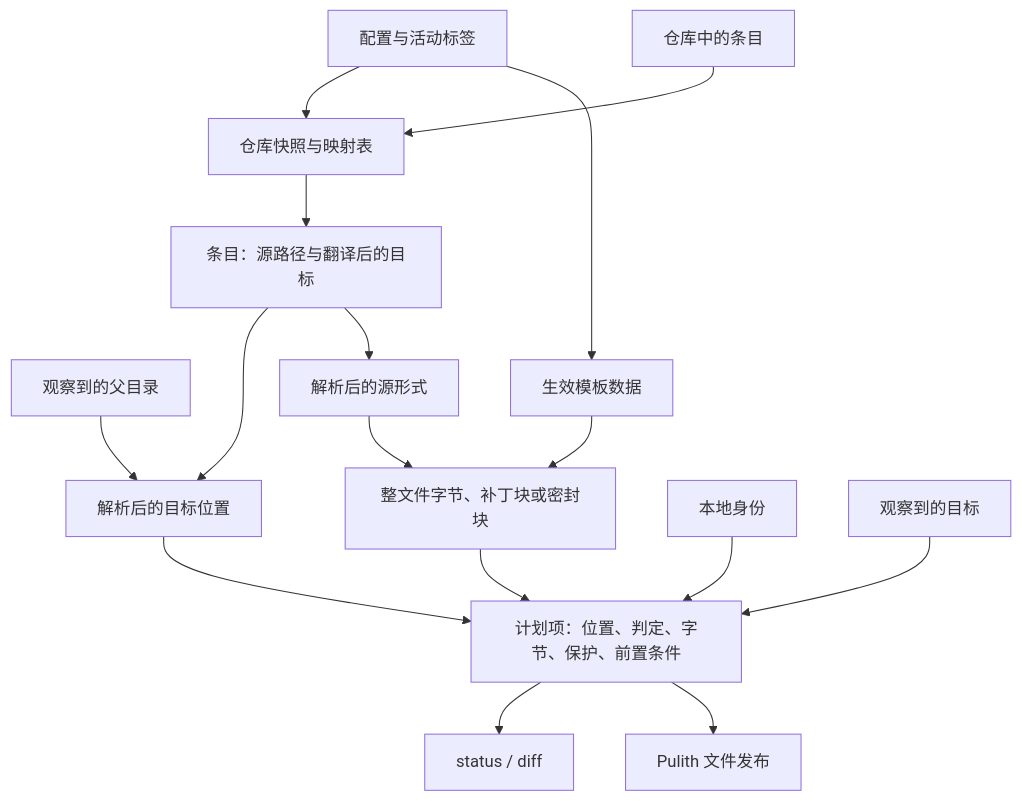
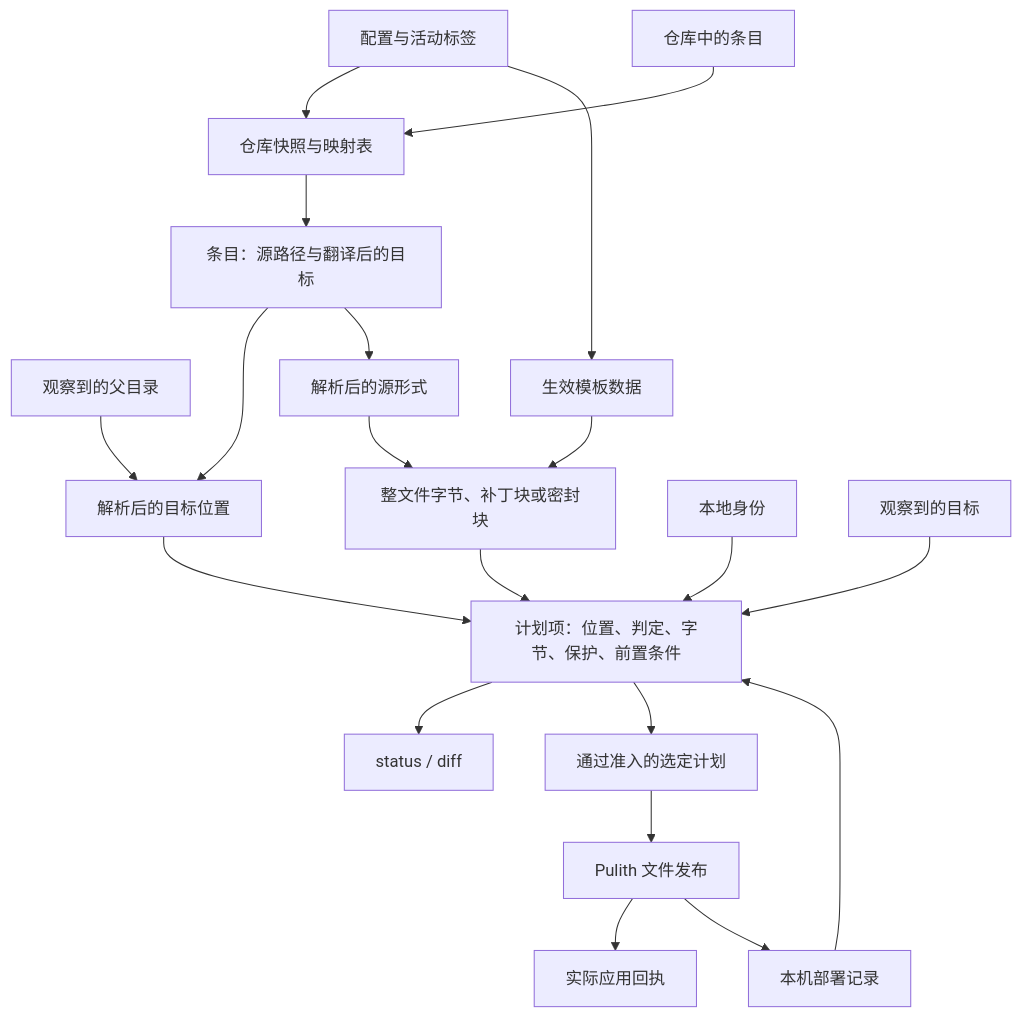
The diagram in docs/architecture.zh-CN.md (nostalume/tuckin), drawn with Mermaid before and after one commit. The commit also changed other lines of this file and 22 other files, not shown here.

````diff
--- a/docs/architecture.zh-CN.md
+++ b/docs/architecture.zh-CN.md
@@ -11,18 +11,22 @@
 ```mermaid
 flowchart TD
     Config["配置与活动标签"] --> Repo["仓库快照与映射表"]
     Tree["仓库中的条目"] --> Repo
     Repo --> Entry["条目：源路径与翻译后的目标"]
     Entry --> Place["解析后的目标位置"]
     Parents["观察到的父目录"] --> Place
     Entry --> Source["解析后的源形式"]
     Config --> Data["生效模板数据"]
     Data --> Rendered
     Source --> Rendered["整文件字节、补丁块或密封块"]
     Identity["本地身份"] --> Item
     Place --> Item["计划项：位置、判定、字节、保护、前置条件"]
     Rendered --> Item
     Target["观察到的目标"] --> Item
     Item --> Report["status / diff"]
-    Item --> Publish["Pulith 文件发布"]
+    State["本机部署记录"] --> Item
+    Item --> Admit["通过准入的选定计划"]
+    Admit --> Publish["Pulith 文件发布"]
+    Publish --> Receipt["实际应用回执"]
+    Publish --> State
 ```
````
